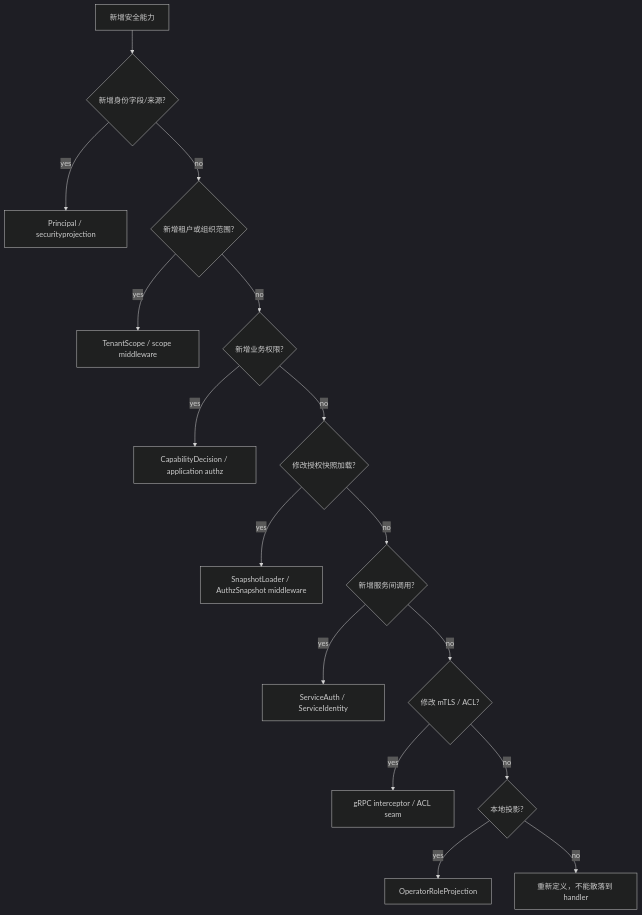
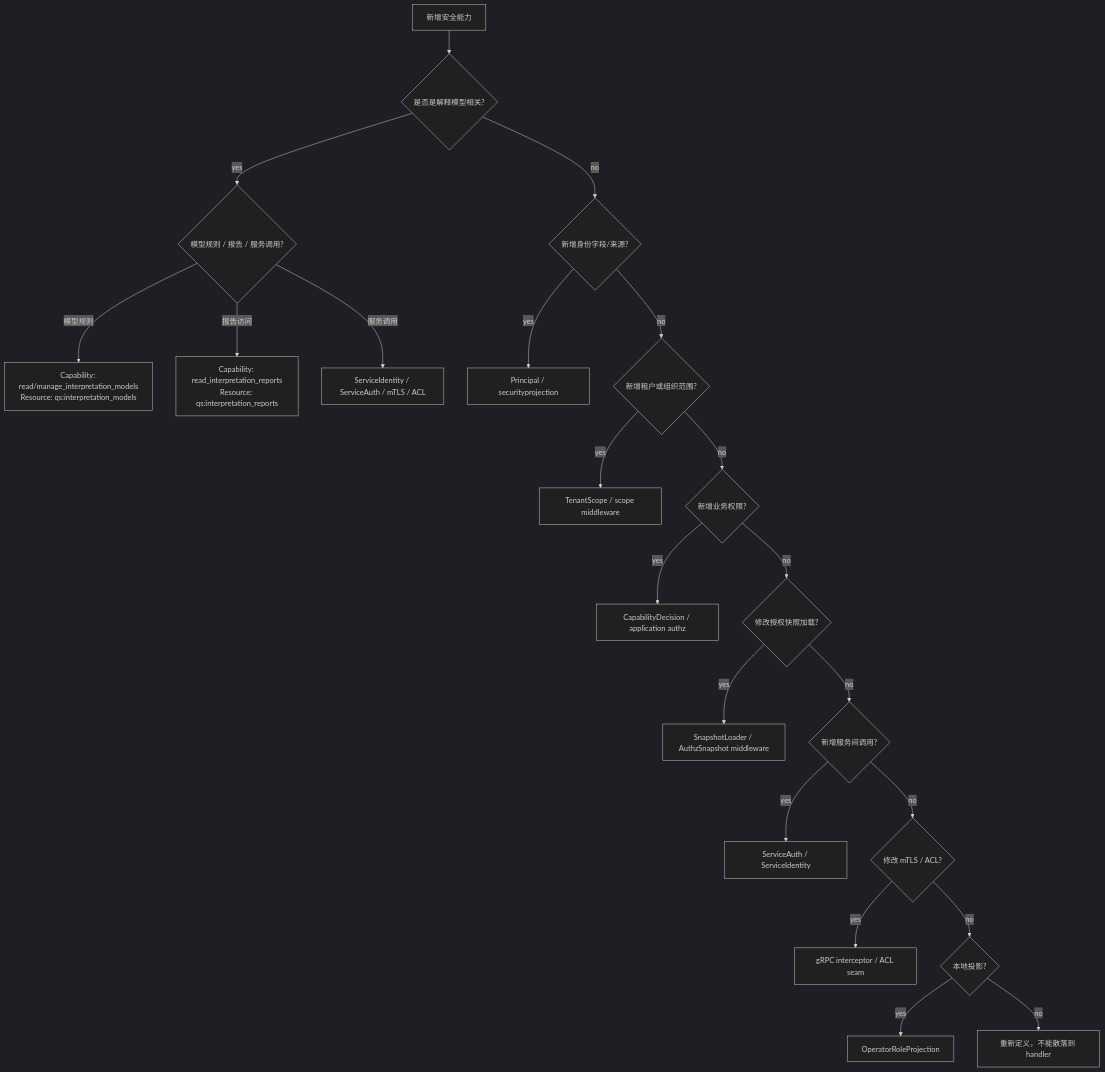
One commit to FangcunMount/qs-server changed the diagram in docs/03-基础设施/security/05-新增安全能力SOP.md. Above: the diagram before and after it, drawn with Mermaid (dark theme). The commit also changed other lines of this file and 23 other files, not shown here.

````diff
--- a/docs/03-基础设施/security/05-新增安全能力SOP.md
+++ b/docs/03-基础设施/security/05-新增安全能力SOP.md
@@ -58,18 +70,23 @@
 ```mermaid
 flowchart TD
-    start["新增安全能力"] --> identity{"新增身份字段/来源?"}
+    start["新增安全能力"] --> interpretation{"是否是解释模型相关?"}
+    interpretation -->|yes| interpKind{"模型规则 / 报告 / 服务调用?"}
+    interpKind -->|模型规则| interpModel["Capability: read/manage_interpretation_models\nResource: qs:interpretation_models"]
+    interpKind -->|报告访问| interpReport["Capability: read_interpretation_reports\nResource: qs:interpretation_reports"]
+    interpKind -->|服务调用| interpSvc["ServiceIdentity / ServiceAuth / mTLS / ACL"]
+    interpretation -->|no| identity{"新增身份字段/来源?"}
     identity -->|yes| principal["Principal / securityprojection"]
     identity -->|no| scope{"新增租户或组织范围?"}
     scope -->|yes| tenant["TenantScope / scope middleware"]
     scope -->|no| authz{"新增业务权限?"}
     authz -->|yes| cap["CapabilityDecision / application authz"]
     authz -->|no| snapshot{"修改授权快照加载?"}
     snapshot -->|yes| loader["SnapshotLoader / AuthzSnapshot middleware"]
     snapshot -->|no| service{"新增服务间调用?"}
     service -->|yes| serviceauth["ServiceAuth / ServiceIdentity"]
     service -->|no| mtls{"修改 mTLS / ACL?"}
     mtls -->|yes| acl["gRPC interceptor / ACL seam"]
     mtls -->|no| projection{"本地投影?"}
     projection -->|yes| op["OperatorRoleProjection"]
     projection -->|no| redesign["重新定义，不能散落到 handler"]
 ```
````
